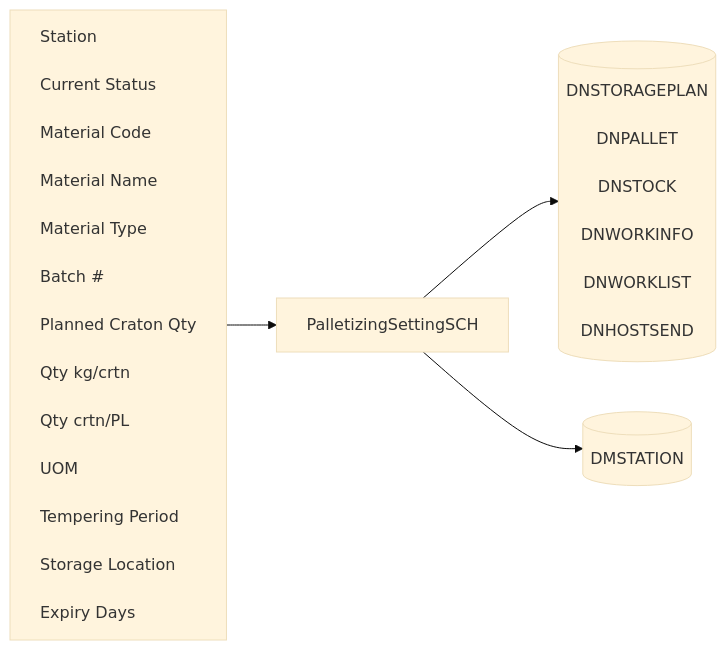
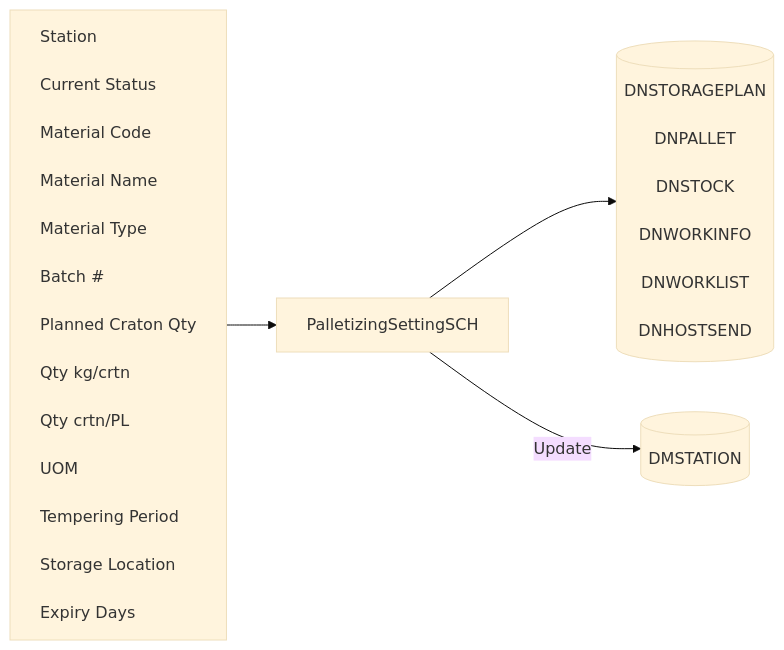
The diagram in Basic-Design/DFD-WMS/Storage/Palletizing-Settting/Palletize-Start.md (luthfiadityaa/SimeDarby-Wiki), drawn with Mermaid (base theme) before and after one commit.

Commit message:
Updated Palletize Start

```diff
--- a/Basic-Design/DFD-WMS/Storage/Palletizing-Settting/Palletize-Start.md
+++ b/Basic-Design/DFD-WMS/Storage/Palletizing-Settting/Palletize-Start.md
@@ -18,40 +18,40 @@
 ::: mermaid
 flowchart LR
     input[
         Station<br>
         Current Status<br>
         Material Code<br>
         Material Name<br>
         Material Type<br>
         Batch #<br>
         Planned Craton Qty<br>
         Qty kg/crtn<br>
         Qty crtn/PL<br>
         UOM<br>
         Tempering Period<br>
         Storage Location<br>
         Expiry Days<br>
     ]
 
     tableList-insert[("
         DNSTORAGEPLAN<br>
         DNPALLET<br>
         DNSTOCK<br>
         DNWORKINFO<br>
         DNWORKLIST<br>
         DNHOSTSEND<br>
     ")]
 
     tableList-update[("
         DMSTATION
     ")]
 
     className[PalletizingSettingSCH]
 
     input --> className --> tableList-insert
-    className --> tableList-update
+    className --> |Update| tableList-update
 
     classDef leftAlign text-align:left;
     class input leftAlign;
 
 :::
```
